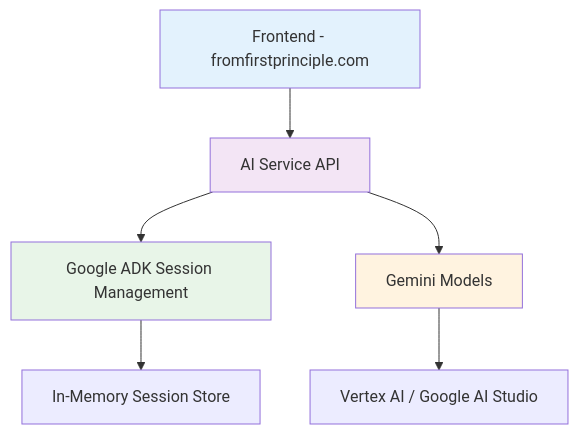
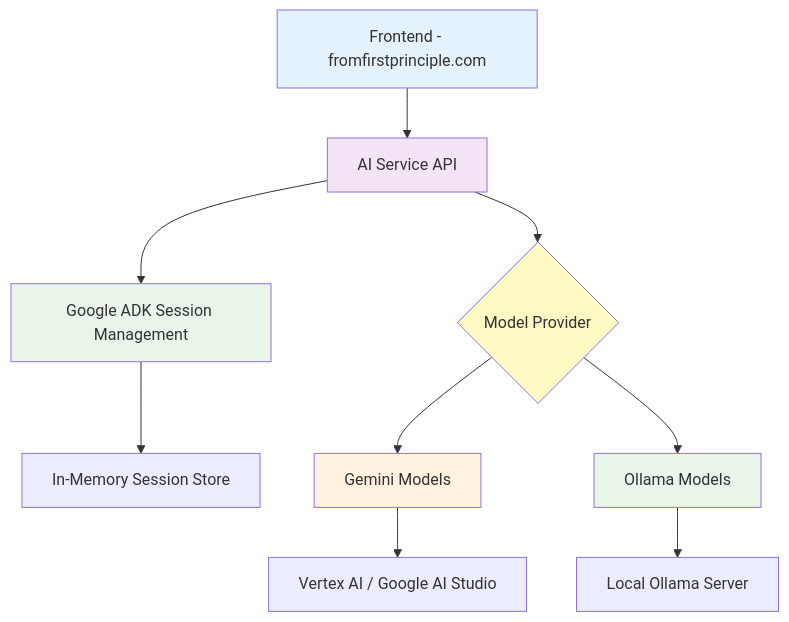
One commit to justmeloic/from-first-principles changed the diagram in services/ai/README.md. Above: the diagram before and after it, drawn with Mermaid. The commit also changed other lines of this file and 6 other files, not shown here.

First line of the commit message:
feat: Add Ollama model integration support

````diff
--- a/services/ai/README.md
+++ b/services/ai/README.md
@@ -22,13 +23,18 @@
 ```mermaid
 graph TD
     A[Frontend - fromfirstprinciple.com] --> B[AI Service API]
     B --> C[Google ADK Session Management]
-    B --> D[Gemini Models]
+    B --> D{Model Provider}
     C --> E[In-Memory Session Store]
-    D --> F[Vertex AI / Google AI Studio]
-    
+    D --> F[Gemini Models]
+    D --> G[Ollama Models]
+    F --> H[Vertex AI / Google AI Studio]
+    G --> I[Local Ollama Server]
+
     style A fill:#e3f2fd
     style B fill:#f3e5f5
     style C fill:#e8f5e8
-    style D fill:#fff3e0
+    style D fill:#fff9c4
+    style F fill:#fff3e0
+    style G fill:#e8f5e8
 ```
````
